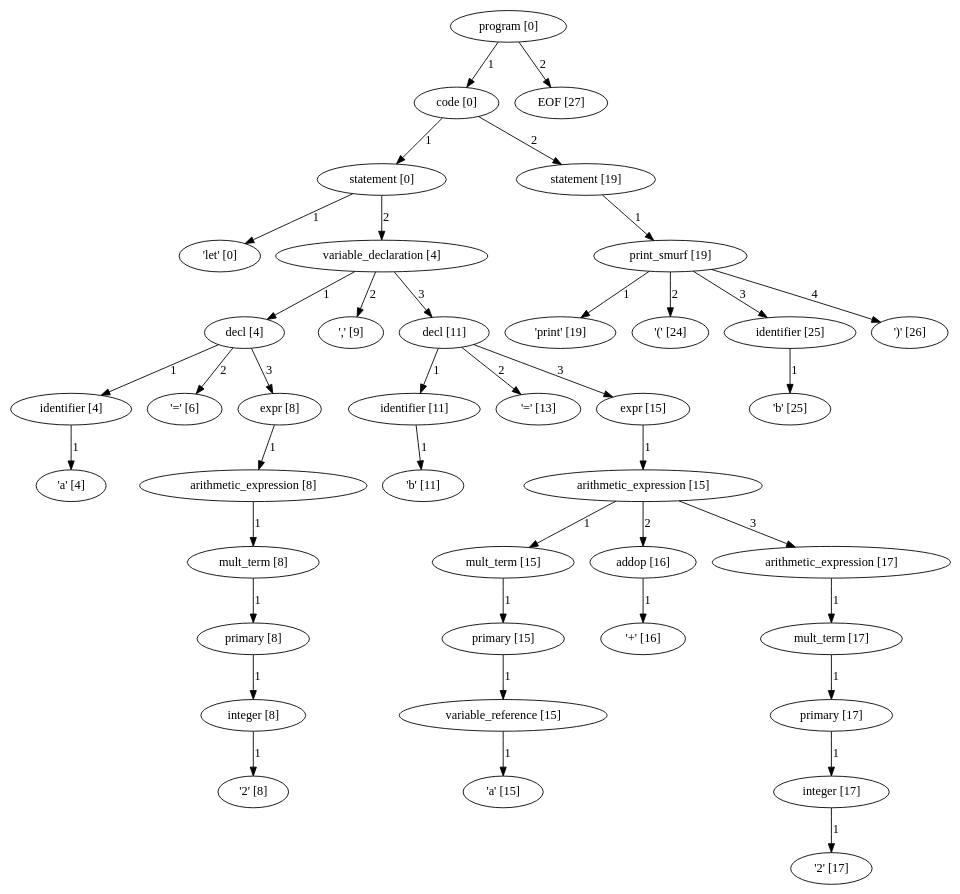
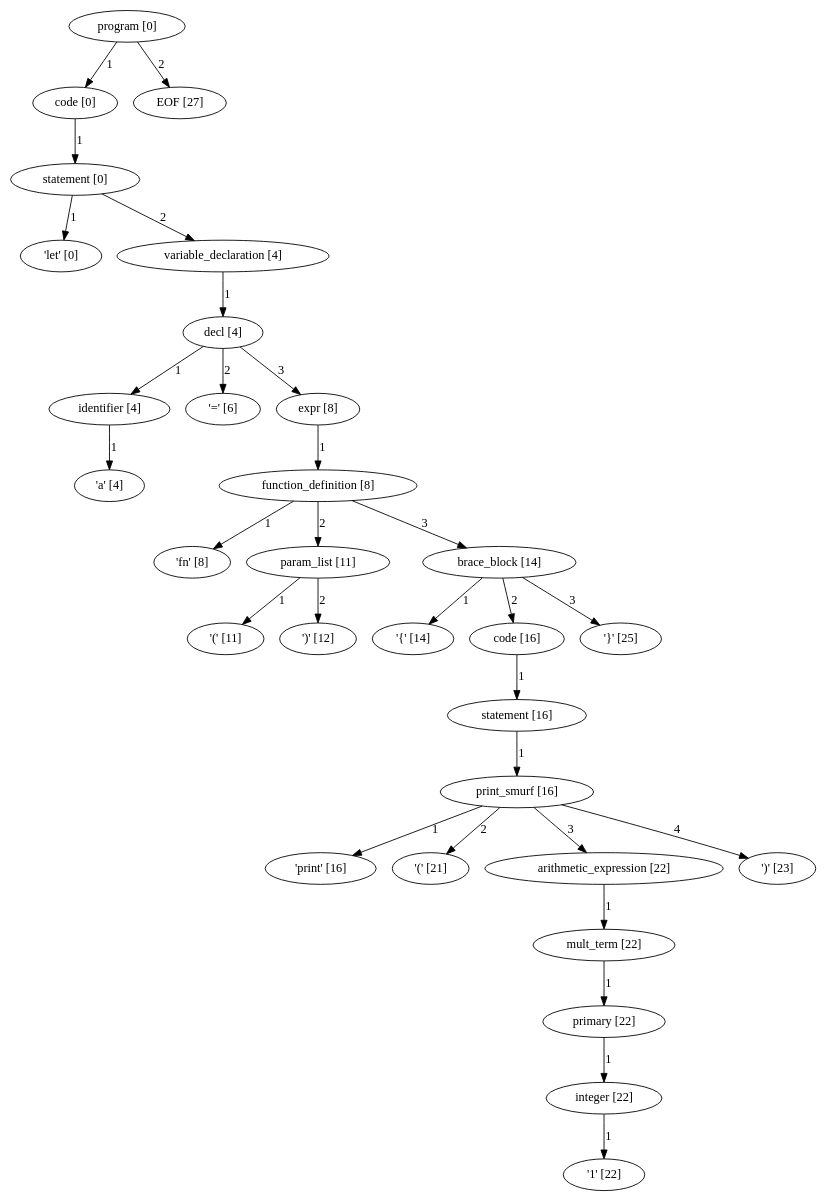
Before and after one commit to pragdave/cs3342_smurf: the diagram in program_parse_tree.dot, drawn with Graphviz. The commit also changed 9 other files, not shown here.

```diff
--- a/program_parse_tree.dot
+++ b/program_parse_tree.dot
@@ -1,123 +1,90 @@
 digraph arpeggio_graph {
-4802930304 [label="program [0]"];
-4802930304->4803885536 [label="1"]
+4798460848 [label="program [0]"];
+4798460848->4798463296 [label="1"]
 
-4803885536 [label="code [0]"];
-4803885536->4804288736 [label="1"]
+4798463296 [label="code [0]"];
+4798463296->4798461712 [label="1"]
 
-4804288736 [label="statement [0]"];
-4804288736->4802633296 [label="1"]
+4798461712 [label="statement [0]"];
+4798461712->4466096080 [label="1"]
 
-4802633296 [label=" 'let' [0]"];
-4804288736->4804290176 [label="2"]
+4466096080 [label=" 'let' [0]"];
+4798461712->4798466240 [label="2"]
 
-4804290176 [label="variable_declaration [4]"];
-4804290176->4804018256 [label="1"]
+4798466240 [label="variable_declaration [4]"];
+4798466240->4797849184 [label="1"]
 
-4804018256 [label="decl [4]"];
-4804018256->4804291904 [label="1"]
+4797849184 [label="decl [4]"];
+4797849184->4798467104 [label="1"]
 
-4804291904 [label="identifier [4]"];
-4804291904->4802631248 [label="1"]
+4798467104 [label="identifier [4]"];
+4798467104->4466096976 [label="1"]
 
-4802631248 [label=" 'a' [4]"];
-4804018256->4802632784 [label="2"]
+4466096976 [label=" 'a' [4]"];
+4797849184->4466095952 [label="2"]
 
-4802632784 [label=" '=' [6]"];
-4804018256->4803884816 [label="3"]
+4466095952 [label=" '=' [6]"];
+4797849184->4797845728 [label="3"]
 
-4803884816 [label="expr [8]"];
-4803884816->4803884672 [label="1"]
+4797845728 [label="expr [8]"];
+4797845728->4797847456 [label="1"]
 
-4803884672 [label="arithmetic_expression [8]"];
-4803884672->4803883808 [label="1"]
+4797847456 [label="function_definition [8]"];
+4797847456->4466096464 [label="1"]
 
-4803883808 [label="mult_term [8]"];
-4803883808->4803883376 [label="1"]
+4466096464 [label=" 'fn' [8]"];
+4797847456->4798463728 [label="2"]
 
-4803883376 [label="primary [8]"];
-4803883376->4803885968 [label="1"]
+4798463728 [label="param_list [11]"];
+4798463728->4466094672 [label="1"]
 
-4803885968 [label="integer [8]"];
-4803885968->4805619920 [label="1"]
+4466094672 [label=" '(' [11]"];
+4798463728->4466097616 [label="2"]
 
-4805619920 [label=" '2' [8]"];
-4804290176->4805622224 [label="2"]
+4466097616 [label=" ')' [12]"];
+4797847456->4797847744 [label="3"]
 
-4805622224 [label=" ',' [9]"];
-4804290176->4803883664 [label="3"]
+4797847744 [label="brace_block [14]"];
+4797847744->4466095312 [label="1"]
 
-4803883664 [label="decl [11]"];
-4803883664->4804069568 [label="1"]
+4466095312 [label=" '{' [14]"];
+4797847744->4797848464 [label="2"]
 
-4804069568 [label="identifier [11]"];
-4804069568->4805621968 [label="1"]
+4797848464 [label="code [16]"];
+4797848464->4797747712 [label="1"]
 
-4805621968 [label=" 'b' [11]"];
-4803883664->4805884240 [label="2"]
+4797747712 [label="statement [16]"];
+4797747712->4797849328 [label="1"]
 
-4805884240 [label=" '=' [13]"];
-4803883664->4803886256 [label="3"]
+4797849328 [label="print_smurf [16]"];
+4797849328->4806767184 [label="1"]
 
-4803886256 [label="expr [15]"];
-4803886256->4803886400 [label="1"]
+4806767184 [label=" 'print' [16]"];
+4797849328->4806768080 [label="2"]
 
-4803886400 [label="arithmetic_expression [15]"];
-4803886400->4804291760 [label="1"]
+4806768080 [label=" '(' [21]"];
+4797849328->4797848320 [label="3"]
 
-4804291760 [label="mult_term [15]"];
-4804291760->4804291616 [label="1"]
+4797848320 [label="arithmetic_expression [22]"];
+4797848320->4797847600 [label="1"]
 
-4804291616 [label="primary [15]"];
-4804291616->4804290896 [label="1"]
+4797847600 [label="mult_term [22]"];
+4797847600->4797847168 [label="1"]
 
-4804290896 [label="variable_reference [15]"];
-4804290896->4466094800 [label="1"]
+4797847168 [label="primary [22]"];
+4797847168->4797847024 [label="1"]
 
-4466094800 [label=" 'a' [15]"];
-4803886400->4804291328 [label="2"]
+4797847024 [label="integer [22]"];
+4797847024->4806767696 [label="1"]
 
-4804291328 [label="addop [16]"];
-4804291328->4466095184 [label="1"]
+4806767696 [label=" '1' [22]"];
+4797849328->4810420432 [label="4"]
 
-4466095184 [label=" '+' [16]"];
-4803886400->4799709056 [label="3"]
+4810420432 [label=" ')' [23]"];
+4797847744->4806768464 [label="3"]
 
-4799709056 [label="arithmetic_expression [17]"];
-4799709056->4799707760 [label="1"]
+4806768464 [label=" '}' [25]"];
+4798460848->4800895952 [label="2"]
 
-4799707760 [label="mult_term [17]"];
-4799707760->4799706320 [label="1"]
-
-4799706320 [label="primary [17]"];
-4799706320->4799707904 [label="1"]
-
-4799707904 [label="integer [17]"];
-4799707904->4466094288 [label="1"]
-
-4466094288 [label=" '2' [17]"];
-4803885536->4799706896 [label="2"]
-
-4799706896 [label="statement [19]"];
-4799706896->4799708912 [label="1"]
-
-4799708912 [label="print_smurf [19]"];
-4799708912->4466094544 [label="1"]
-
-4466094544 [label=" 'print' [19]"];
-4799708912->4466097104 [label="2"]
-
-4466097104 [label=" '(' [24]"];
-4799708912->4804021424 [label="3"]
-
-4804021424 [label="identifier [25]"];
-4804021424->4466095824 [label="1"]
-
-4466095824 [label=" 'b' [25]"];
-4799708912->4805621456 [label="4"]
-
-4805621456 [label=" ')' [26]"];
-4802930304->4466096208 [label="2"]
-
-4466096208 [label="EOF [27]"];
+4800895952 [label="EOF [27]"];
 }
```
